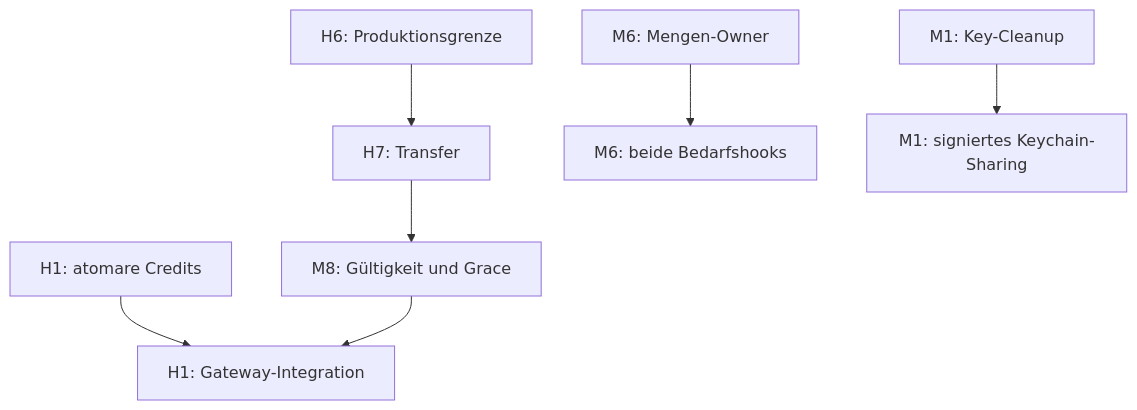
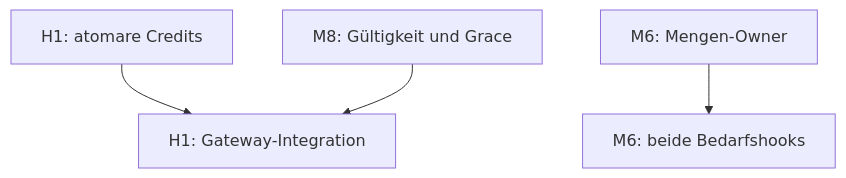
Before and after one commit to goldjunge91/fam: the diagram in tasks/audit-remediation/plan.md, drawn with Mermaid. The commit also changed other lines of this file and 12 other files, not shown here.

````diff
--- a/tasks/audit-remediation/plan.md
+++ b/tasks/audit-remediation/plan.md
@@ -64,9 +64,6 @@
 ```mermaid
 flowchart TD
-  sandbox["H6: Produktionsgrenze"] --> transfer["H7: Transfer"]
-  transfer --> validity["M8: Gültigkeit und Grace"]
   credits["H1: atomare Credits"] --> gateway["H1: Gateway-Integration"]
-  validity --> gateway
+  validity["M8: Gültigkeit und Grace"] --> gateway
   packs["M6: Mengen-Owner"] --> needs["M6: beide Bedarfshooks"]
-  cleanup["M1: Key-Cleanup"] --> sharing["M1: signiertes Keychain-Sharing"]
 ```
````
